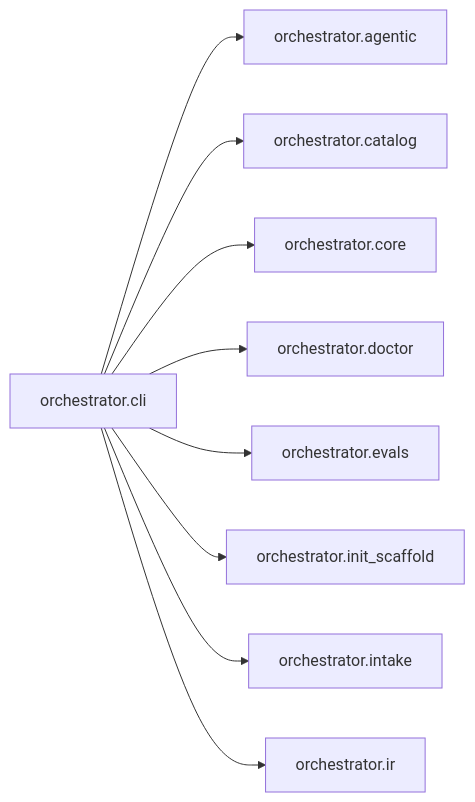
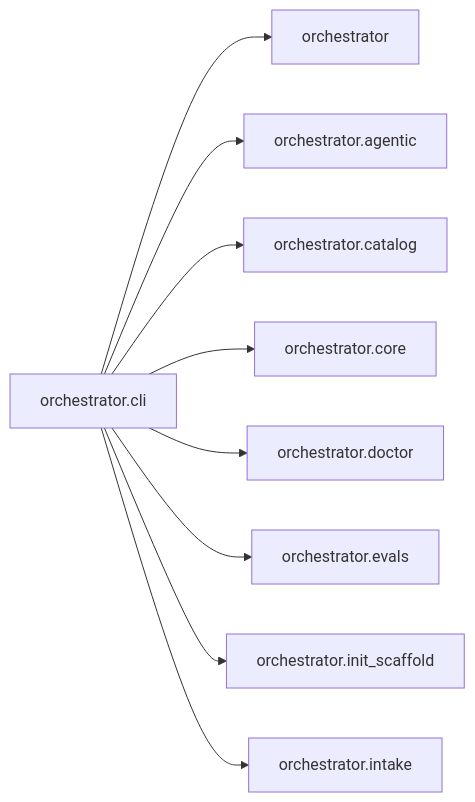
One commit to synaptixs/spine changed the diagram in episteme/areas/orchestrator.cli.md. Above: the diagram before and after it, drawn with Mermaid. The commit also changed other lines of this file and 22 other files, not shown here.

````diff
--- a/episteme/areas/orchestrator.cli.md
+++ b/episteme/areas/orchestrator.cli.md
@@ -8,20 +8,20 @@
 ```mermaid
 flowchart LR
   n0["orchestrator.cli"]
-  n1["orchestrator.agentic"]
-  n2["orchestrator.catalog"]
-  n3["orchestrator.core"]
-  n4["orchestrator.doctor"]
-  n5["orchestrator.evals"]
-  n6["orchestrator.init_scaffold"]
-  n7["orchestrator.intake"]
-  n8["orchestrator.ir"]
+  n1["orchestrator"]
+  n2["orchestrator.agentic"]
+  n3["orchestrator.catalog"]
+  n4["orchestrator.core"]
+  n5["orchestrator.doctor"]
+  n6["orchestrator.evals"]
+  n7["orchestrator.init_scaffold"]
+  n8["orchestrator.intake"]
   n0 --> n1
   n0 --> n2
   n0 --> n3
   n0 --> n4
   n0 --> n5
   n0 --> n6
   n0 --> n7
   n0 --> n8
 ```
````
